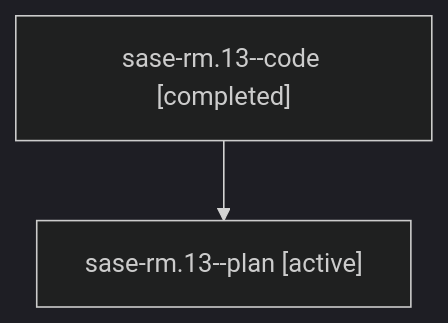
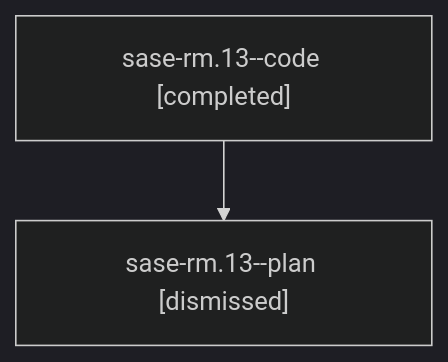
The diagram in sessions/bbugyi200.athena.sase-rm.13.md (sase-org/sase--agents), drawn with Mermaid (dark theme) before and after one commit. The commit also changed other lines of this file and 172 other files, not shown here.

````diff
--- a/sessions/bbugyi200.athena.sase-rm.13.md
+++ b/sessions/bbugyi200.athena.sase-rm.13.md
@@ -9,6 +9,6 @@
 ```mermaid
 flowchart TD
   n0["sase-rm.13--code [completed]"]
-  n1["sase-rm.13--plan [active]"]
+  n1["sase-rm.13--plan [dismissed]"]
   n0 --> n1
 ```
````
